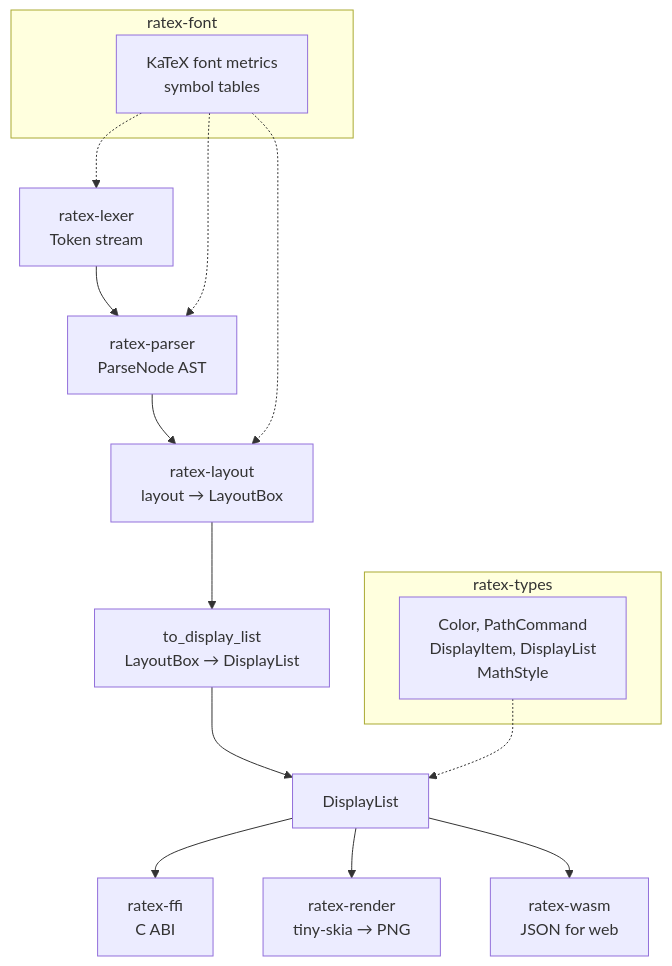
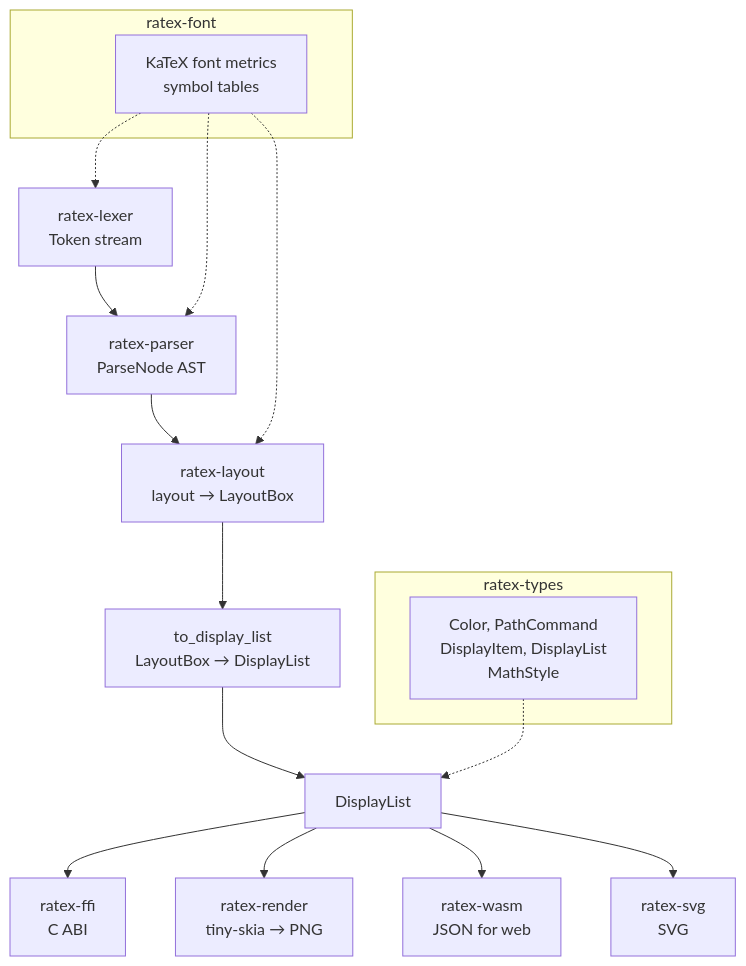
The second of 2 diagrams in README.md (erweixin/RaTeX), drawn with Mermaid before and after one commit. The commit also changed other lines of this file and 2 other files, not shown here.

Commit message:
docs: update README and project structure to include SVG export details for ratex-svg crate

````diff
--- a/README.md
+++ b/README.md
@@ -110,20 +113,21 @@
 ```mermaid
 flowchart TB
     subgraph types["ratex-types"]
         T1[Color, PathCommand<br/>DisplayItem, DisplayList<br/>MathStyle]
     end
     subgraph font["ratex-font"]
         F1[KaTeX font metrics<br/>symbol tables]
     end
     LEX[ratex-lexer<br/>Token stream] --> PARSE[ratex-parser<br/>ParseNode AST]
     F1 -.-> LEX
     F1 -.-> PARSE
     PARSE --> LAYOUT[ratex-layout<br/>layout → LayoutBox]
     F1 -.-> LAYOUT
     LAYOUT --> TODISP[to_display_list<br/>LayoutBox → DisplayList]
     TODISP --> DL[DisplayList]
     T1 -.-> DL
     DL --> FFI[ratex-ffi<br/>C ABI]
     DL --> RENDER[ratex-render<br/>tiny-skia → PNG]
     DL --> WASM[ratex-wasm<br/>JSON for web]
+    DL --> SVG[ratex-svg<br/>SVG]
 ```
````
